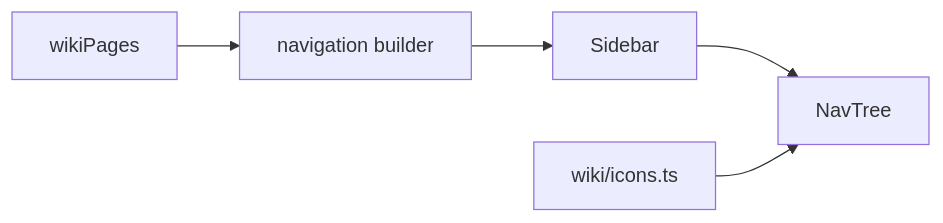
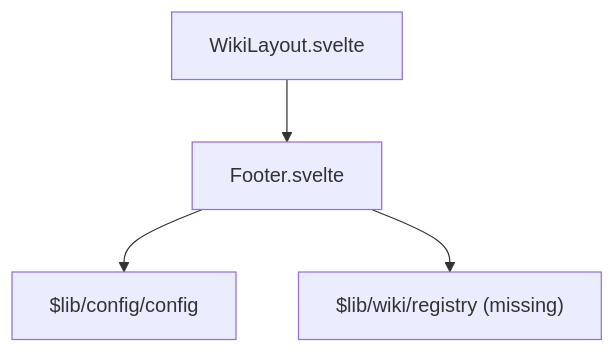
One commit to toon-van-berkel/dnd-wiki changed the fourth of 8 diagrams in docs/architecture-audit/dependency-map.md. Above: the diagram before and after it, drawn with Mermaid. The commit also changed other lines of this file and 200 other files, not shown here.

````diff
--- a/docs/architecture-audit/dependency-map.md
+++ b/docs/architecture-audit/dependency-map.md
@@ -225,7 +38,6 @@
 ```mermaid
-flowchart LR
-  registry["wikiPages"] --> nav["navigation builder"]
-  nav --> sidebar["Sidebar"]
-  sidebar --> tree["NavTree"]
-  icons["wiki/icons.ts"] --> tree
+flowchart TD
+  OldLayout["WikiLayout.svelte"] --> Footer["Footer.svelte"]
+  Footer --> Config["$lib/config/config"]
+  Footer --> MissingRegistry["$lib/wiki/registry (missing)"]
 ```
````
